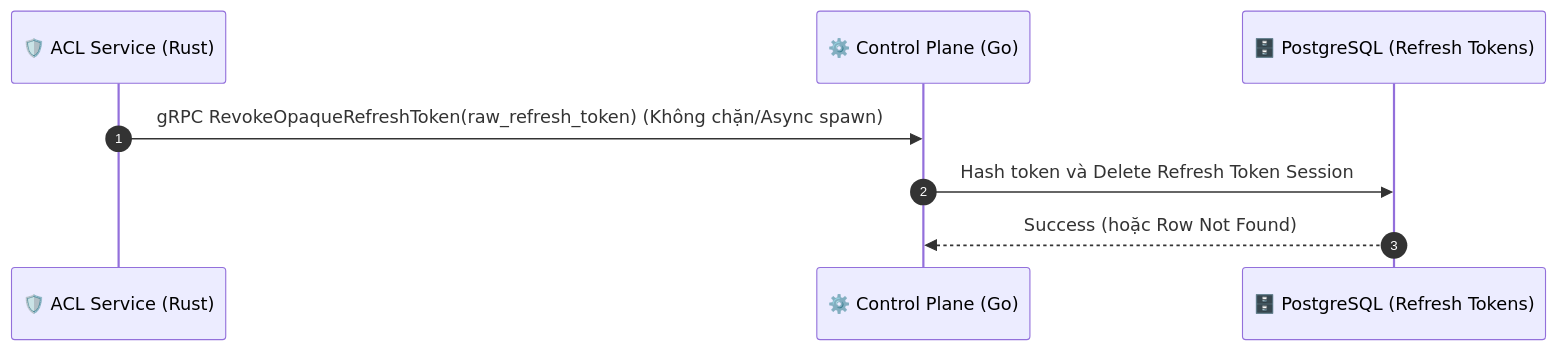
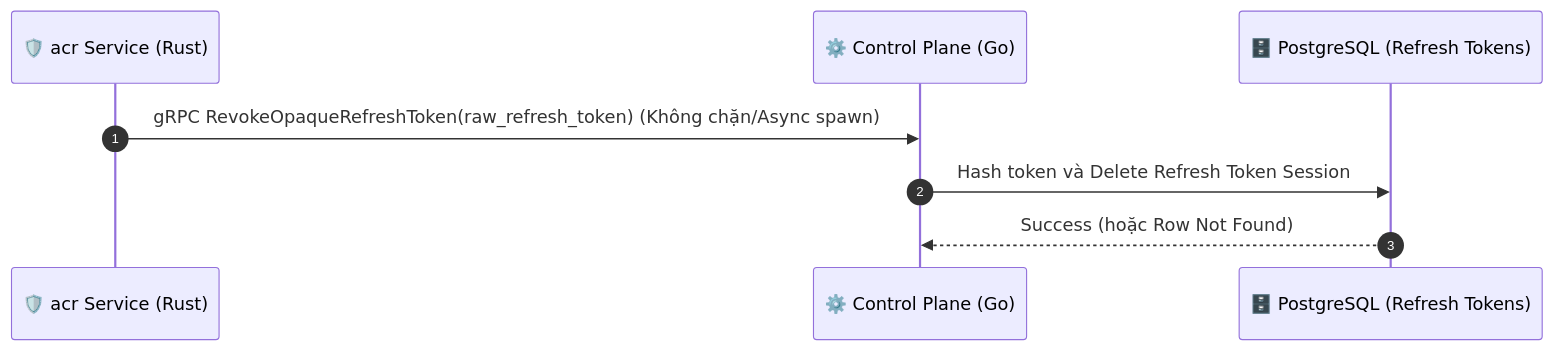
Before and after one commit to phucle996/aurora: the third of 3 diagrams in god_view/iam/user_logout_god_view_workflow.md, drawn with Mermaid. The commit also changed other lines of this file and 72 other files, not shown here.

````diff
--- a/god_view/iam/user_logout_god_view_workflow.md
+++ b/god_view/iam/user_logout_god_view_workflow.md
@@ -129,11 +129,11 @@
 ```mermaid
 sequenceDiagram
     autonumber
-    participant ACL as 🛡️ ACL Service (Rust)
+    participant acr as 🛡️ acr Service (Rust)
     participant CP as ⚙️ Control Plane (Go)
     participant DB as 🗄️ PostgreSQL (Refresh Tokens)
 
-    ACL->>CP: gRPC RevokeOpaqueRefreshToken(raw_refresh_token) (Không chặn/Async spawn)
+    acr->>CP: gRPC RevokeOpaqueRefreshToken(raw_refresh_token) (Không chặn/Async spawn)
     CP->>DB: Hash token và Delete Refresh Token Session
     DB-->>CP: Success (hoặc Row Not Found)
 ```
````
